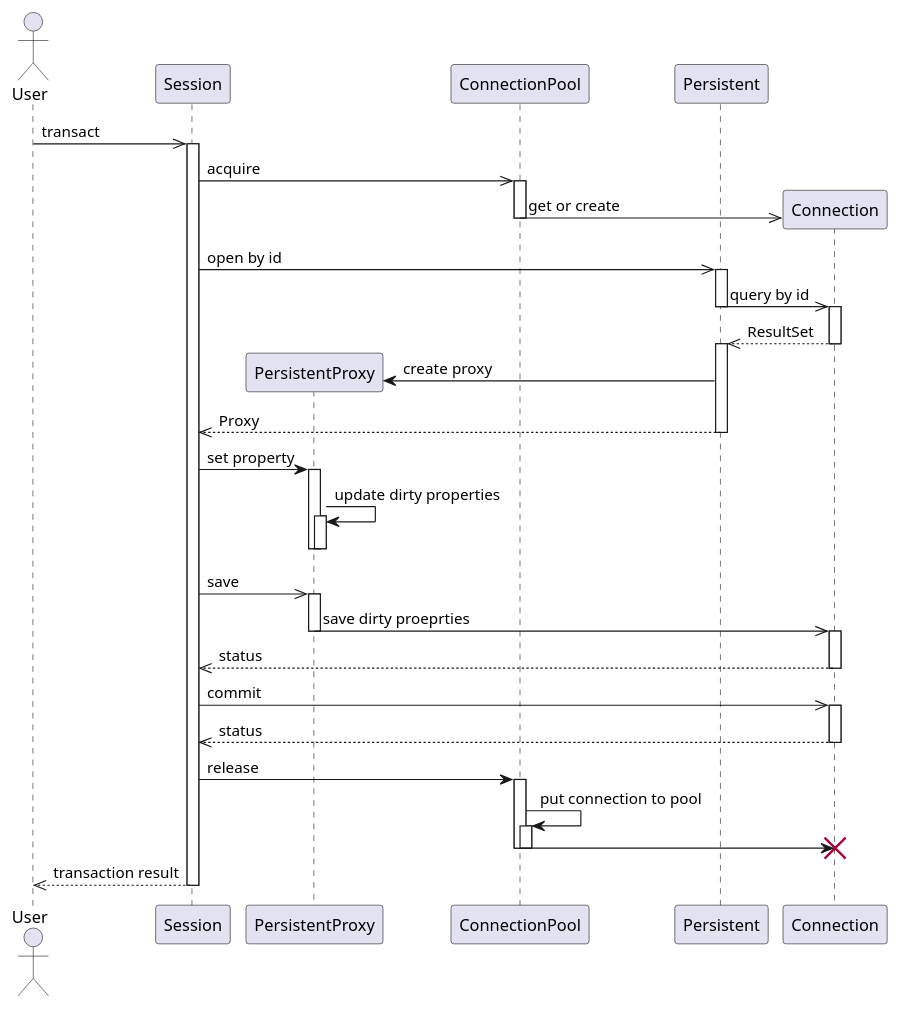
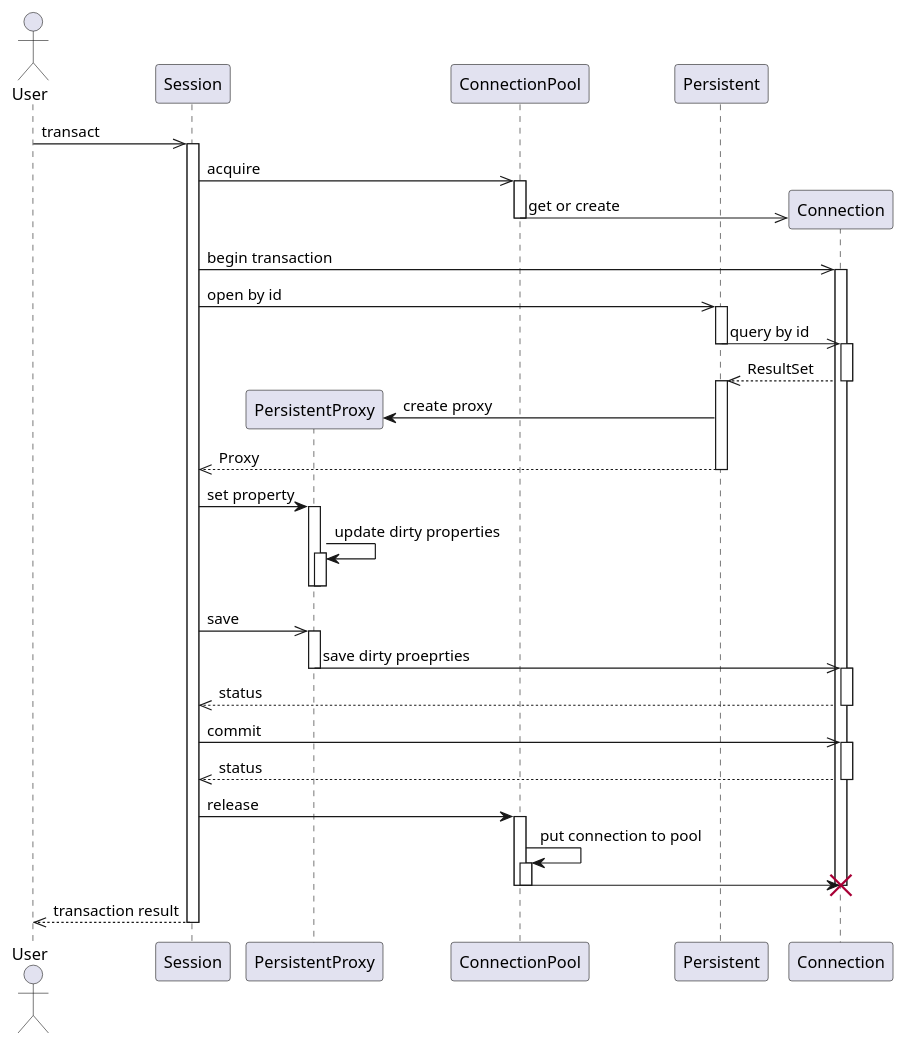
The diagram in docs/transact-read-modify.plantuml (theconst/cache-odm), drawn with PlantUML before and after one commit. The commit also changed 2 other files, not shown here.

```diff
--- a/docs/transact-read-modify.plantuml
+++ b/docs/transact-read-modify.plantuml
@@ -1,59 +1,62 @@
 @startuml Cache ODM Sequence
 
 actor User
 participant Session order 10
 participant ConnectionPool order 20
 participant Persistent order 30
 participant Connection order 40
 participant PersistentProxy order 15
 
 User ->> Session: transact
 activate Session
 Session ->> ConnectionPool: acquire
 
 activate ConnectionPool
 create Connection
 ConnectionPool ->> Connection: get or create
 deactivate ConnectionPool
+Session ->> Connection: begin transaction
+activate Connection
+
 Session ->> Persistent: open by id
 activate Persistent
 Persistent ->> Connection: query by id
 deactivate Persistent
 activate Connection
 Connection -->> Persistent: ResultSet
 deactivate Connection
 activate Persistent
 create PersistentProxy
 Persistent -> PersistentProxy : create proxy
 Persistent -->> Session : Proxy
 deactivate Persistent
 Session -> PersistentProxy: set property
 activate PersistentProxy
 PersistentProxy -> PersistentProxy: update dirty properties
 activate PersistentProxy
 deactivate PersistentProxy
 deactivate PersistentProxy
 Session ->> PersistentProxy: save
 activate PersistentProxy
 PersistentProxy ->> Connection: save dirty proeprties
 deactivate PersistentProxy
 activate Connection
 Connection -->> Session: status
 deactivate Connection
 Session ->> Connection: commit
 activate Connection
 Connection -->> Session: status
 deactivate Connection
 deactivate PersistentProxy
 Session -> ConnectionPool: release
 activate ConnectionPool
 ConnectionPool -> ConnectionPool: put connection to pool
 activate ConnectionPool
 ConnectionPool -> Connection
 destroy Connection
 deactivate ConnectionPool
 deactivate ConnectionPool
 Session -->> User : transaction result
 deactivate Session
 
 @enduml
```
